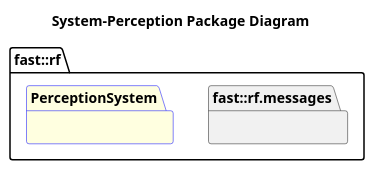
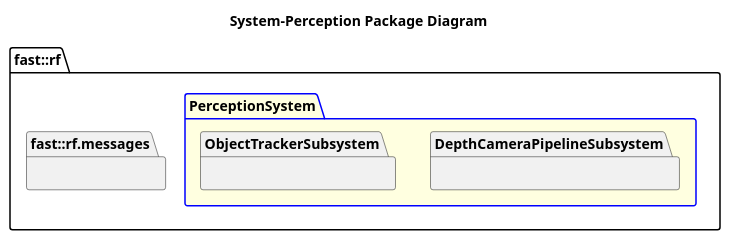
Before and after one commit to fastrobotics/robot_framework: the diagram in Systems/Perception/doc/puml/SystemPerceptionPackageDiagram.puml, drawn with PlantUML. The commit also changed 5 other files, not shown here.

```diff
--- a/Systems/Perception/doc/puml/SystemPerceptionPackageDiagram.puml
+++ b/Systems/Perception/doc/puml/SystemPerceptionPackageDiagram.puml
@@ -2,9 +2,15 @@
 @startuml
 title System-Perception Package Diagram
 
 namespace fast::rf {
   namespace messages  {}
   package PerceptionSystem #LightYellow;line:blue {
+    namespace DepthCameraPipelineSubsystem {
+
+    }
+    namespace ObjectTrackerSubsystem {
+        
+    }
   }
 }
 @enduml
```
